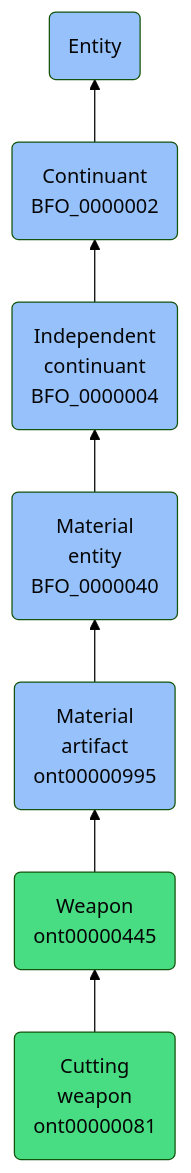
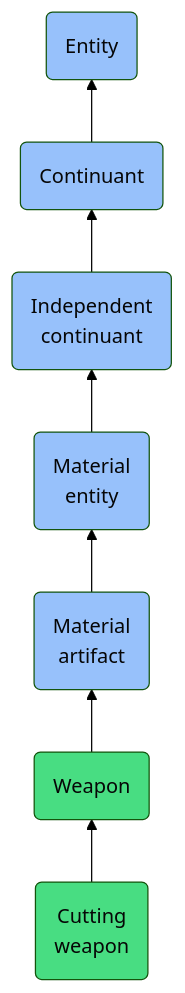
The diagram in docs/ontology/reference/model/Entity/Continuant/Independent continuant/Material entity/Material artifact/Weapon/Cutting weapon/Cutting weapon.md (jupyter-naas/abi), drawn with Mermaid (forest theme) before and after one commit. The commit also changed other lines of this file and 1430 other files, not shown here.

````diff
--- a/docs/ontology/reference/model/Entity/Continuant/Independent continuant/Material entity/Material artifact/Weapon/Cutting weapon/Cutting weapon.md
+++ b/docs/ontology/reference/model/Entity/Continuant/Independent continuant/Material entity/Material artifact/Weapon/Cutting weapon/Cutting weapon.md
@@ -24,14 +24,14 @@
 ```mermaid
 graph BT
-    ont00000081(Cutting<br>weapon<br>ont00000081):::ABI-->ont00000445
-    ont00000445(Weapon<br>ont00000445):::ABI-->ont00000995
-    ont00000995(Material<br>artifact<br>ont00000995):::BFO-->BFO_0000040
-    BFO_0000040(Material<br>entity<br>BFO_0000040):::BFO-->BFO_0000004
-    BFO_0000004(Independent<br>continuant<br>BFO_0000004):::BFO-->BFO_0000002
-    BFO_0000002(Continuant<br>BFO_0000002):::BFO-->BFO_0000001
+    ont00000081(Cutting<br>weapon):::ABI-->ont00000445
+    ont00000445(Weapon):::ABI-->ont00000995
+    ont00000995(Material<br>artifact):::BFO-->BFO_0000040
+    BFO_0000040(Material<br>entity):::BFO-->BFO_0000004
+    BFO_0000004(Independent<br>continuant):::BFO-->BFO_0000002
+    BFO_0000002(Continuant):::BFO-->BFO_0000001
     BFO_0000001(Entity):::BFO
     
     classDef BFO fill:#97c1fb,color:#060606
     classDef CCO fill:#e4c51e,color:#060606
     classDef ABI fill:#48DD82,color:#060606
 ```
````
